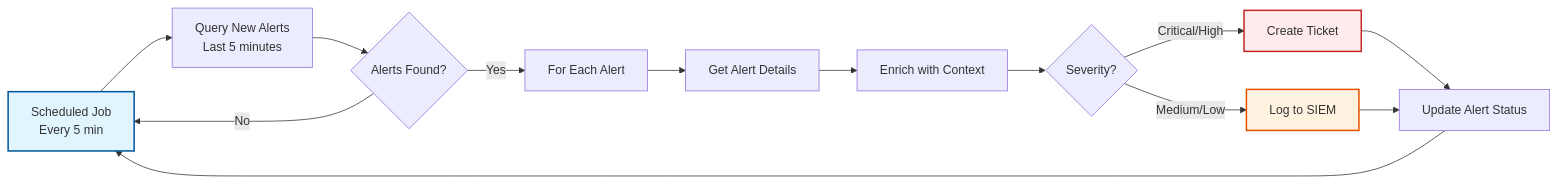
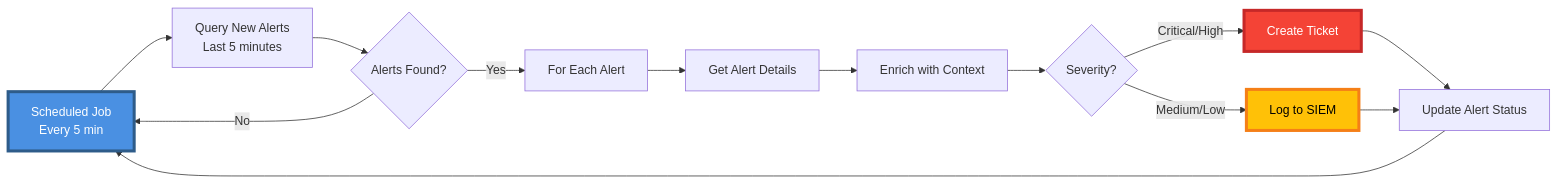
One commit to ZELA2000/Also-TDSynnex-Trend changed the third of 3 diagrams in Trend/DOC/README.md. Above: the diagram before and after it, drawn with Mermaid. The commit also changed other lines of this file and 11 other files, not shown here.

Commit message:
style: Update diagram styles across documentation for improved clarity and consistency

````diff
--- a/Trend/DOC/README.md
+++ b/Trend/DOC/README.md
@@ -251,19 +251,19 @@
 ```mermaid
 graph LR
     A[Scheduled Job<br/>Every 5 min] --> B[Query New Alerts<br/>Last 5 minutes]
     B --> C{Alerts Found?}
     C -->|Yes| D[For Each Alert]
     C -->|No| A
     D --> E[Get Alert Details]
     E --> F[Enrich with Context]
     F --> G{Severity?}
     G -->|Critical/High| H[Create Ticket]
     G -->|Medium/Low| I[Log to SIEM]
     H --> J[Update Alert Status]
     I --> J
     J --> A
     
-    style A fill:#e1f5ff,stroke:#01579b,stroke-width:2px
-    style H fill:#ffebee,stroke:#c62828,stroke-width:2px
-    style I fill:#fff3e0,stroke:#e65100,stroke-width:2px
+    style A fill:#4A90E2,stroke:#2E5C8A,stroke-width:4px,color:#fff
+    style H fill:#F44336,stroke:#C62828,stroke-width:4px,color:#fff
+    style I fill:#FFC107,stroke:#F57F17,stroke-width:4px,color:#000
 ```
````
